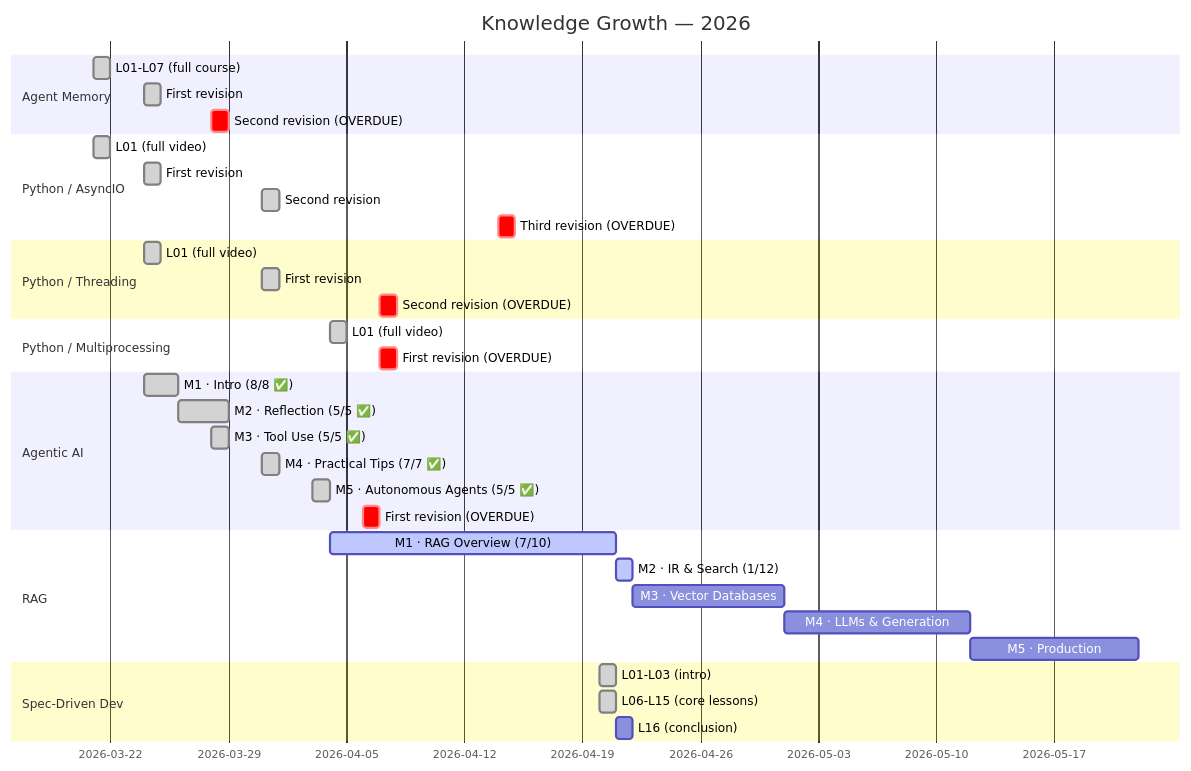
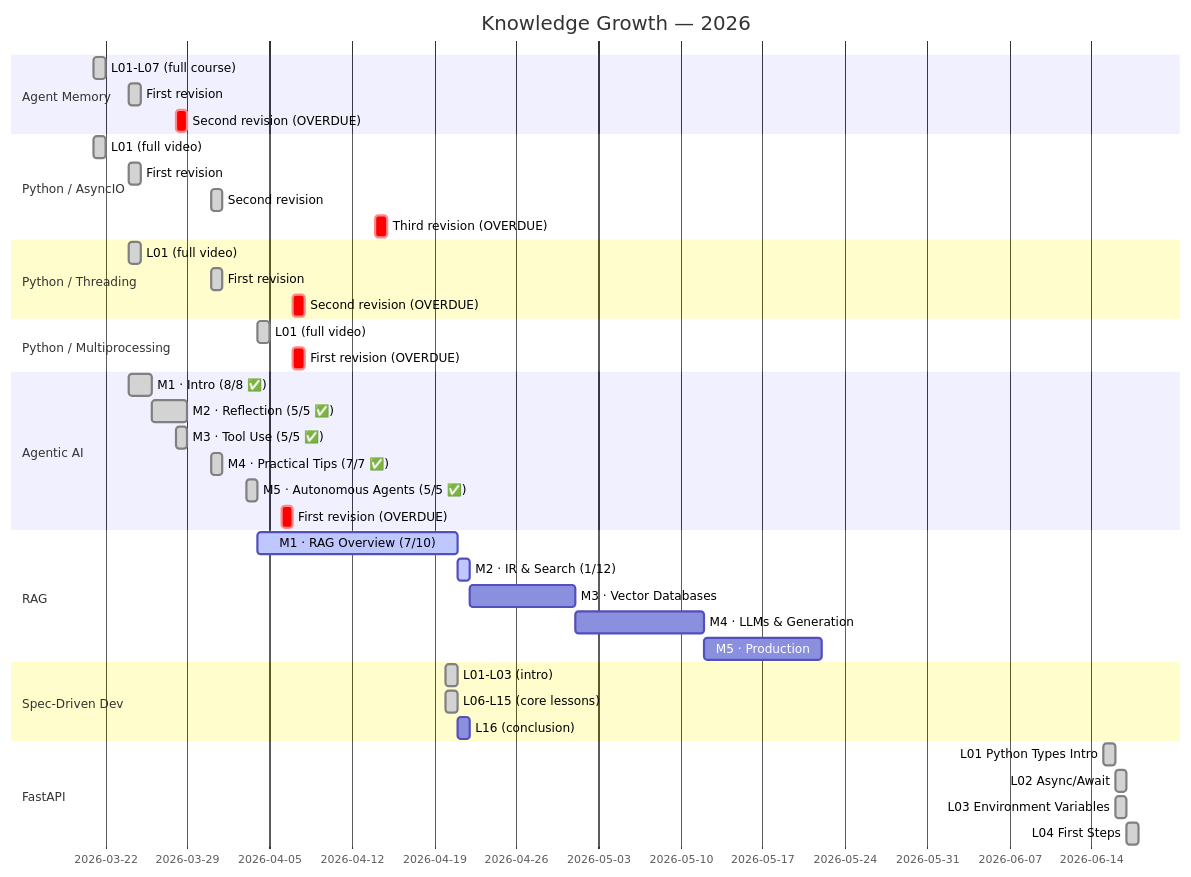
Before and after one commit to AyushSonuu/my-memory: the diagram in _maps/learning-journey.md, drawn with Mermaid. The commit also changed other lines of this file and 10 other files, not shown here.

Commit message:
🔄 sync: full Tier 1+2 vault sync — FastAPI added to maps, GenAI W1 nav complete, tracker refreshed, fastapi_blog reset

````diff
--- a/_maps/learning-journey.md
+++ b/_maps/learning-journey.md
@@ -5,45 +5,51 @@
 ```mermaid
 gantt
     title Knowledge Growth — 2026
     dateFormat YYYY-MM-DD
 
     section Agent Memory
     L01-L07 (full course)       :done, am, 2026-03-21, 1d
     First revision              :done, rev1, 2026-03-24, 1d
     Second revision (OVERDUE)   :crit, rev2, 2026-03-28, 1d
 
     section Python / AsyncIO
     L01 (full video)            :done, aio, 2026-03-21, 1d
     First revision              :done, aiorev1, 2026-03-24, 1d
     Second revision             :done, aiorev2, 2026-03-31, 1d
     Third revision (OVERDUE)    :crit, aiorev3, 2026-04-14, 1d
 
     section Python / Threading
     L01 (full video)            :done, thr, 2026-03-24, 1d
     First revision              :done, thrrev1, 2026-03-31, 1d
     Second revision (OVERDUE)   :crit, thrrev2, 2026-04-07, 1d
 
     section Python / Multiprocessing
     L01 (full video)            :done, mp, 2026-04-04, 1d
     First revision (OVERDUE)    :crit, mprev1, 2026-04-07, 1d
 
     section Agentic AI
     M1 · Intro (8/8 ✅)        :done, m1, 2026-03-24, 2d
     M2 · Reflection (5/5 ✅)    :done, m2, 2026-03-26, 3d
     M3 · Tool Use (5/5 ✅)      :done, m3, 2026-03-28, 1d
     M4 · Practical Tips (7/7 ✅) :done, m4, 2026-03-31, 1d
     M5 · Autonomous Agents (5/5 ✅) :done, m5, 2026-04-03, 1d
     First revision (OVERDUE)    :crit, agrev1, 2026-04-06, 1d
 
     section RAG
     M1 · RAG Overview (7/10)    :active, rag1, 2026-04-04, 17d
     M2 · IR & Search (1/12)     :active, rag2, 2026-04-21, 1d
     M3 · Vector Databases       :rag3, 2026-04-22, 9d
     M4 · LLMs & Generation      :rag4, 2026-05-01, 11d
     M5 · Production             :rag5, 2026-05-12, 10d
 
     section Spec-Driven Dev
     L01-L03 (intro)             :done, sdd1, 2026-04-20, 1d
     L06-L15 (core lessons)      :done, sdd2, 2026-04-20, 1d
     L16 (conclusion)            :sdd3, after sdd2, 1d
+
+    section FastAPI
+    L01 Python Types Intro       :done, fapi1, 2026-06-15, 1d
+    L02 Async/Await              :done, fapi2, 2026-06-16, 1d
+    L03 Environment Variables    :done, fapi3, 2026-06-16, 1d
+    L04 First Steps              :done, fapi4, 2026-06-17, 1d
 ```
````
